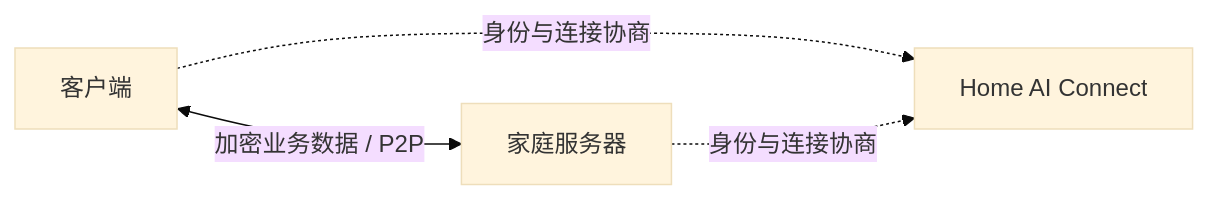
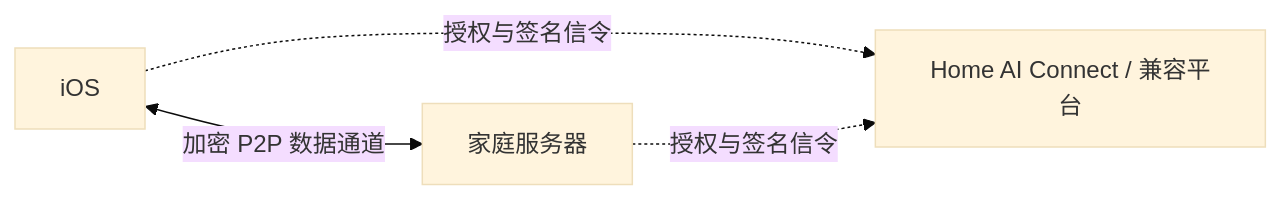
The second of 2 diagrams in README.md (MR-MaoJiu/home-ai-os), drawn with Mermaid (base theme) before and after one commit. The commit also changed other lines of this file and 31 other files, not shown here.

````diff
--- a/README.md
+++ b/README.md
@@ -55,6 +93,6 @@
 ```mermaid
 flowchart LR
-    PHONE[客户端] -. 身份与连接协商 .-> CONNECT[Home AI Connect]
-    HOME[家庭服务器] -. 身份与连接协商 .-> CONNECT
-    PHONE <-->|加密业务数据 / P2P| HOME
+    PHONE[iOS] -. 授权与签名信令 .-> CONNECT[Home AI Connect / 兼容平台]
+    HOME[家庭服务器] -. 授权与签名信令 .-> CONNECT
+    PHONE <-->|加密 P2P 数据通道| HOME
 ```
````
